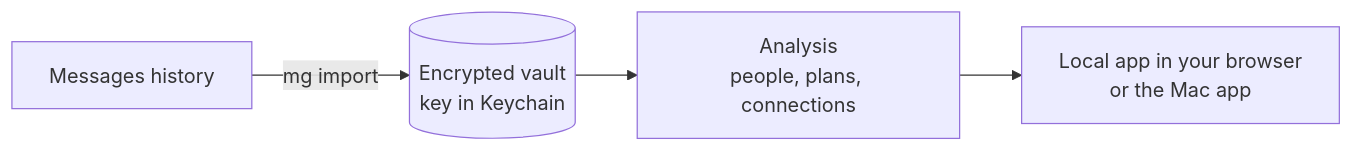
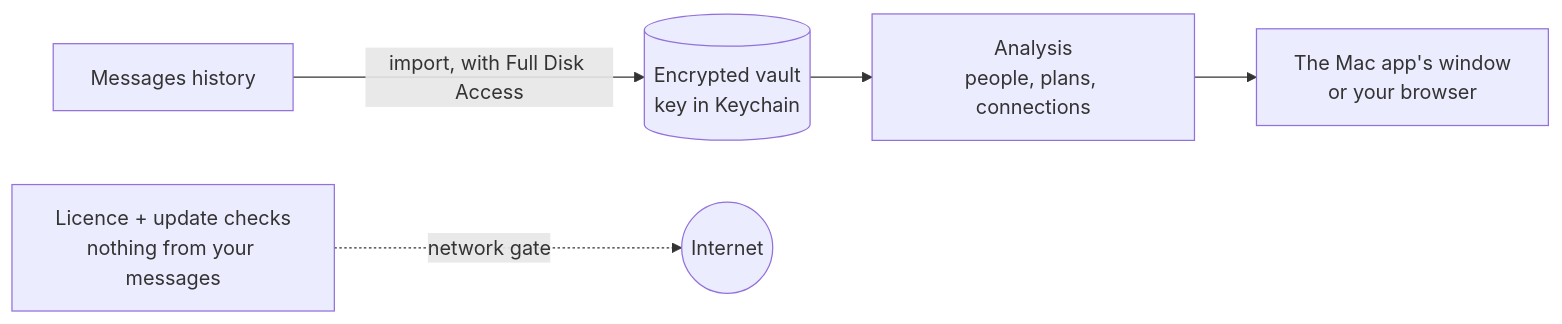
Before and after one commit to amalmehta/MessagingGraph: the diagram in README.md, drawn with Mermaid. The commit also changed other lines of this file and 38 other files, not shown here.

First line of the commit message:
Sell it directly: a real Mac app, Full Disk Access onboarding and licences

````diff
--- a/README.md
+++ b/README.md
@@ -7,6 +8,7 @@
 ```mermaid
 flowchart LR
-    A[Messages history] -->|mg import| V[(Encrypted vault<br/>key in Keychain)]
+    A[Messages history] -->|import, with Full Disk Access| V[(Encrypted vault<br/>key in Keychain)]
     V --> C[Analysis<br/>people, plans, connections]
-    C --> D[Local app in your browser<br/>or the Mac app]
+    C --> D[The Mac app's window<br/>or your browser]
+    L[Licence + update checks<br/>nothing from your messages] -.->|network gate| N((Internet))
 ```
````
